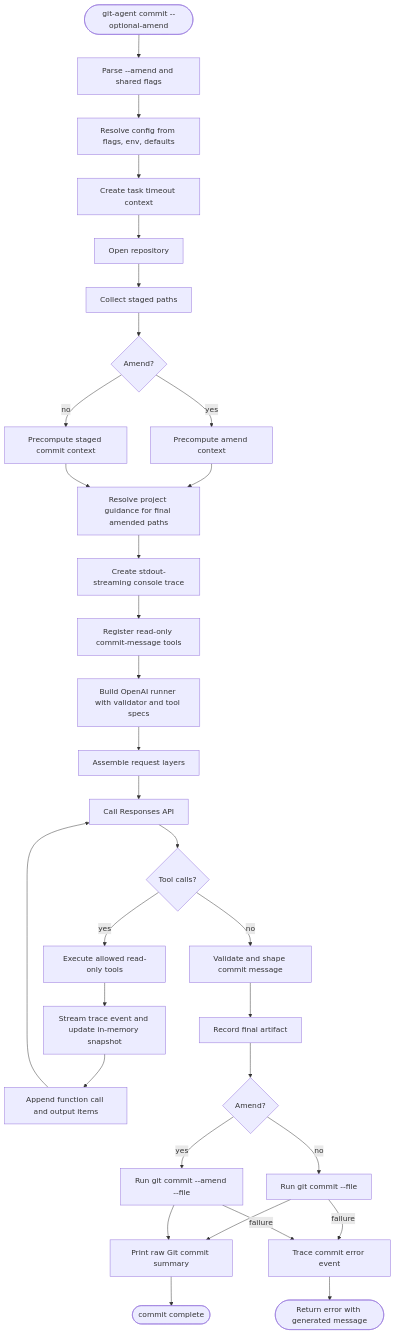
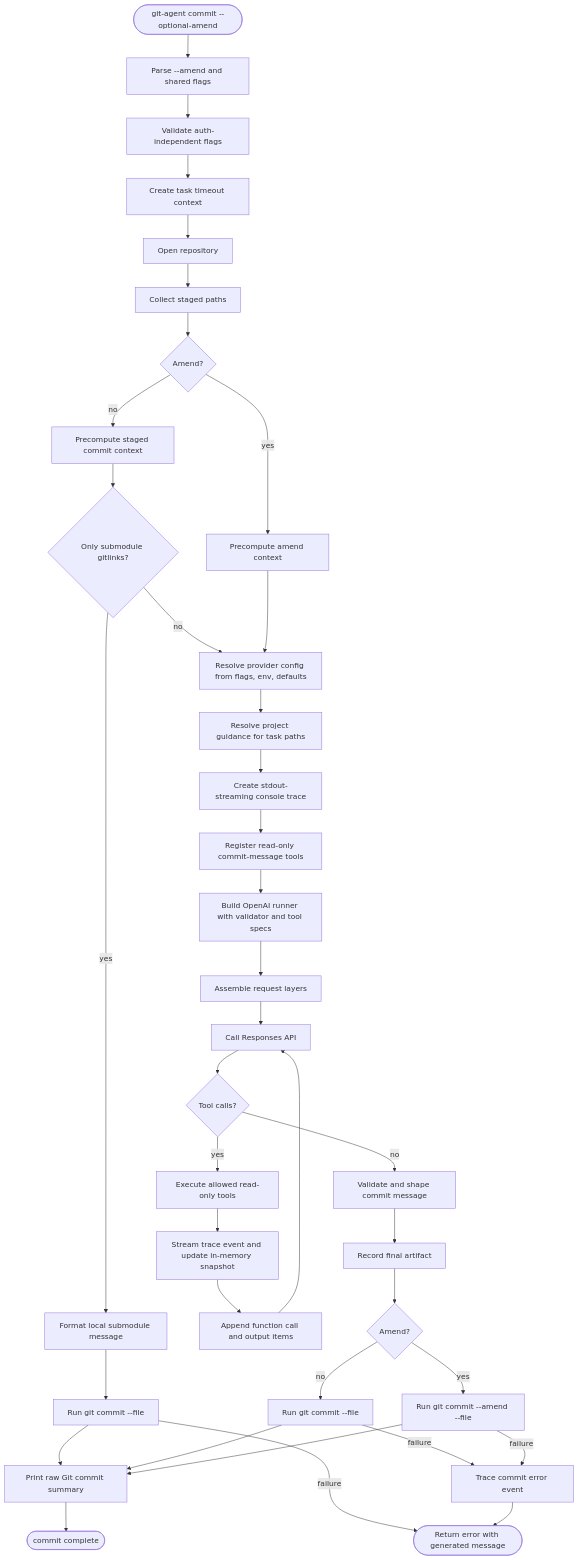
One commit to yusing/git-agent changed the third of 5 diagrams in docs/spec.md. Above: the diagram before and after it, drawn with Mermaid. The commit also changed other lines of this file and 7 other files, not shown here.

First line of the commit message:
feat(cli): format submodule-only commits locally

````diff
--- a/docs/spec.md
+++ b/docs/spec.md
@@ -530,34 +552,40 @@
 ```mermaid
 flowchart TD
     Start([git-agent commit --optional-amend]) --> Parse[Parse --amend and shared flags]
-    Parse --> Resolve[Resolve config from flags, env, defaults]
-    Resolve --> Timeout[Create task timeout context]
+    Parse --> LocalConfig[Validate auth-independent flags]
+    LocalConfig --> Timeout[Create task timeout context]
     Timeout --> OpenRepo[Open repository]
     OpenRepo --> StagedPaths[Collect staged paths]
     StagedPaths --> Mode{Amend?}
     Mode -- no --> Prepare[Precompute staged commit context]
     Mode -- yes --> PrepareAmend[Precompute amend context]
-    PrepareAmend --> Guidance[Resolve project guidance for final amended paths]
-    Prepare --> Guidance
+    Prepare --> SubmoduleOnly{Only submodule gitlinks?}
+    SubmoduleOnly -- yes --> LocalMessage[Format local submodule message]
+    LocalMessage --> LocalGitCommit[Run git commit --file]
+    LocalGitCommit --> Summary
+    LocalGitCommit -- failure --> Manual
+    SubmoduleOnly -- no --> Resolve[Resolve provider config from flags, env, defaults]
+    PrepareAmend --> Resolve
+    Resolve --> Guidance[Resolve project guidance for task paths]
     Guidance --> Trace[Create stdout-streaming console trace]
     Trace --> Registry[Register read-only commit-message tools]
     Registry --> Runner[Build OpenAI runner with validator and tool specs]
     Runner --> Request[Assemble request layers]
     Request --> Model[Call Responses API]
     Model --> ToolDecision{Tool calls?}
     ToolDecision -- yes --> ExecuteTools[Execute allowed read-only tools]
     ExecuteTools --> RecordTools[Stream trace event and update in-memory snapshot]
     RecordTools --> Continue[Append function call and output items]
     Continue --> Model
     ToolDecision -- no --> Validate[Validate and shape commit message]
     Validate --> FinalTrace[Record final artifact]
     FinalTrace --> Commit{Amend?}
     Commit -- no --> GitCommit[Run git commit --file]
     Commit -- yes --> GitAmend[Run git commit --amend --file]
     GitCommit --> Summary[Print raw Git commit summary]
     GitAmend --> Summary
     Summary --> Done([commit complete])
     GitCommit -- failure --> ErrorTrace[Trace commit error event]
     GitAmend -- failure --> ErrorTrace
     ErrorTrace --> Manual([Return error with generated message])
 ```
````
